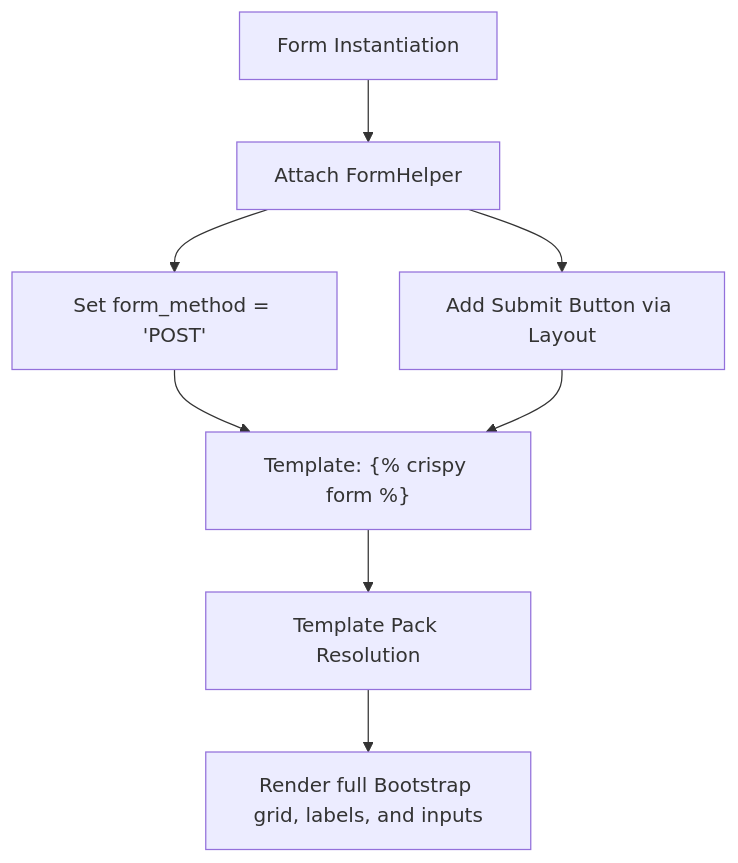
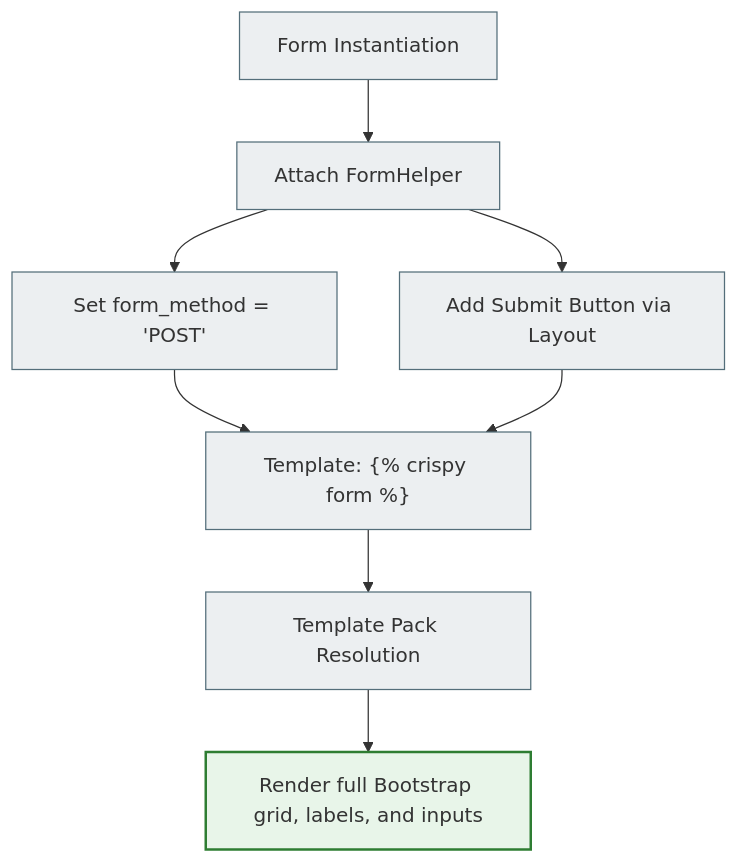
The sixth of 12 diagrams in docs/04_forms_and_validation/django_forms_full.md (NikoriakViktot/notes_chat_app), drawn with Mermaid before and after one commit. The commit also changed other lines of this file and 441 other files, not shown here.

First line of the commit message:
Add English version of the book, Mermaid standard, docs fixes

````diff
--- a/docs/04_forms_and_validation/django_forms_full.md
+++ b/docs/04_forms_and_validation/django_forms_full.md
@@ -609,10 +634,15 @@
 ```mermaid
 graph TD
     A[Form Instantiation] --> B[Attach FormHelper]
     B --> C["Set form_method = 'POST'"]
     B --> D[Add Submit Button via Layout]
     C --> E["Template: {% crispy form %}"]
     D --> E
     E --> F[Template Pack Resolution]
     F --> G[Render full Bootstrap grid, labels, and inputs]
+
+    classDef step     fill:#eceff1,stroke:#546e7a,stroke-width:1px;
+    classDef success  fill:#e8f5e9,stroke:#2e7d32,stroke-width:2px;
+    class A,B,C,D,E,F step;
+    class G success;
 ```
````
